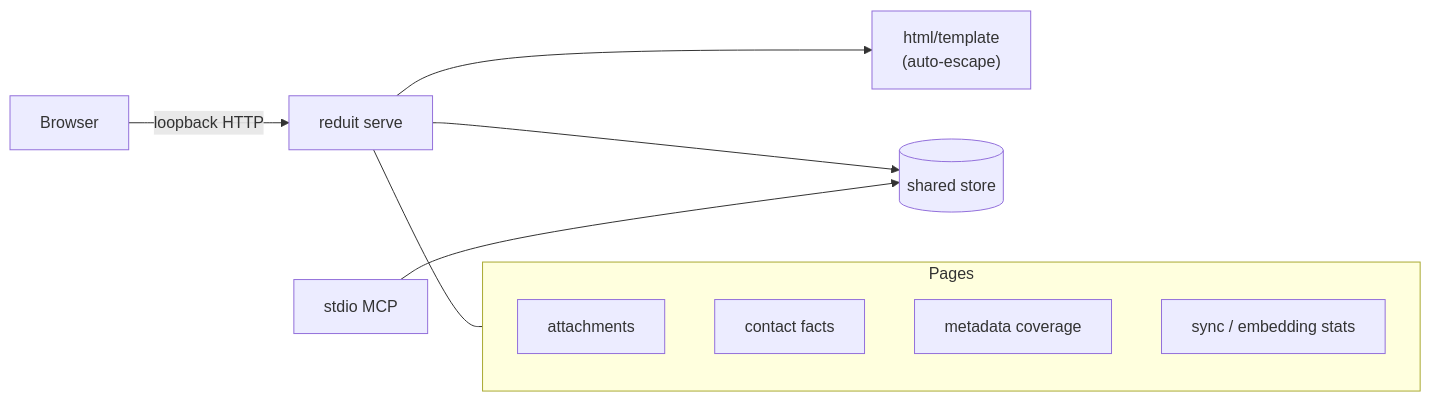
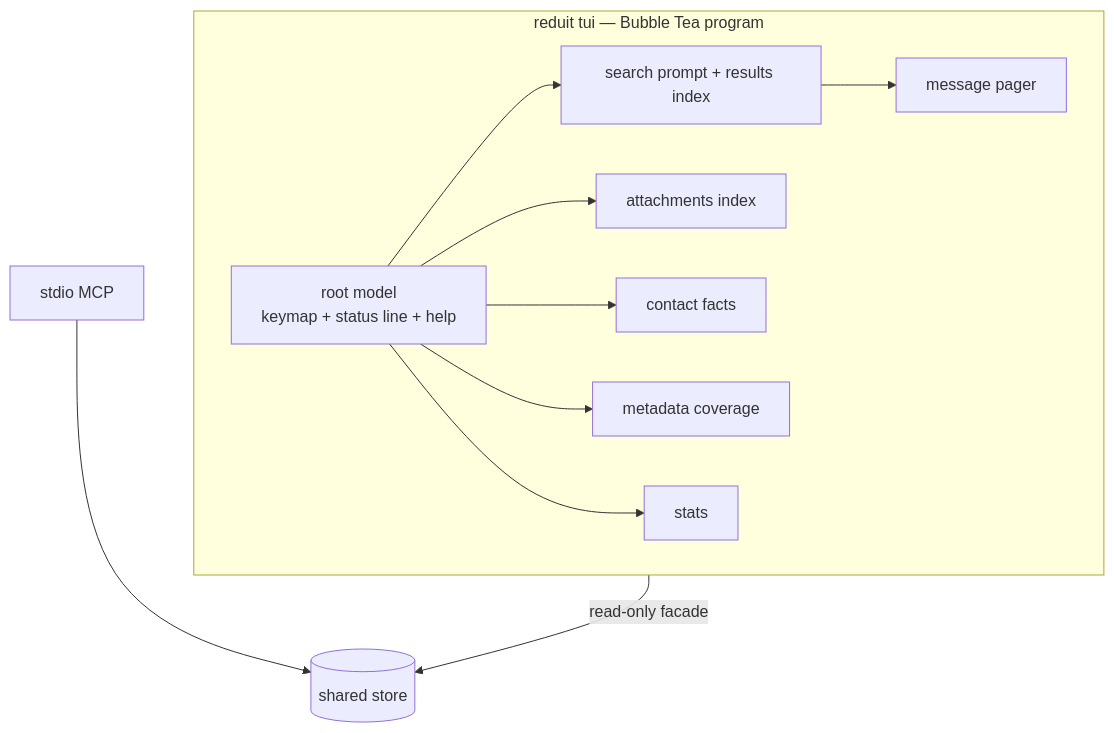
One commit to joestump/reduit changed the diagram in docs/openspec/specs/local-ui/design.md. Above: the diagram before and after it, drawn with Mermaid. The commit also changed other lines of this file and 4 other files, not shown here.

Commit message:
docs: ADR-0025 + SPEC-0005 rewrite — abandon the web UI; Bubble Tea TUI (#163)

````diff
--- a/docs/openspec/specs/local-ui/design.md
+++ b/docs/openspec/specs/local-ui/design.md
@@ -16,14 +34,19 @@
 ```mermaid
-flowchart LR
-    B[Browser] -->|loopback HTTP| S[reduit serve]
-    S --> T["html/template\n(auto-escape)"]
-    S --> ST[(shared store)]
-    MCP[stdio MCP] --> ST
-    subgraph pages [Pages]
-        P1[attachments]
-        P2[contact facts]
-        P3[metadata coverage]
-        P4[sync / embedding stats]
+flowchart TB
+    subgraph program [reduit tui — Bubble Tea program]
+        ROOT[root model\nkeymap + status line + help]
+        S[search prompt + results index]
+        P[message pager]
+        A[attachments index]
+        F[contact facts]
+        M[metadata coverage]
+        ST2[stats]
+        ROOT --> S --> P
+        ROOT --> A
+        ROOT --> F
+        ROOT --> M
+        ROOT --> ST2
     end
-    S --- pages
+    program -->|read-only facade| STORE[(shared store)]
+    MCP[stdio MCP] --> STORE
 ```
````
